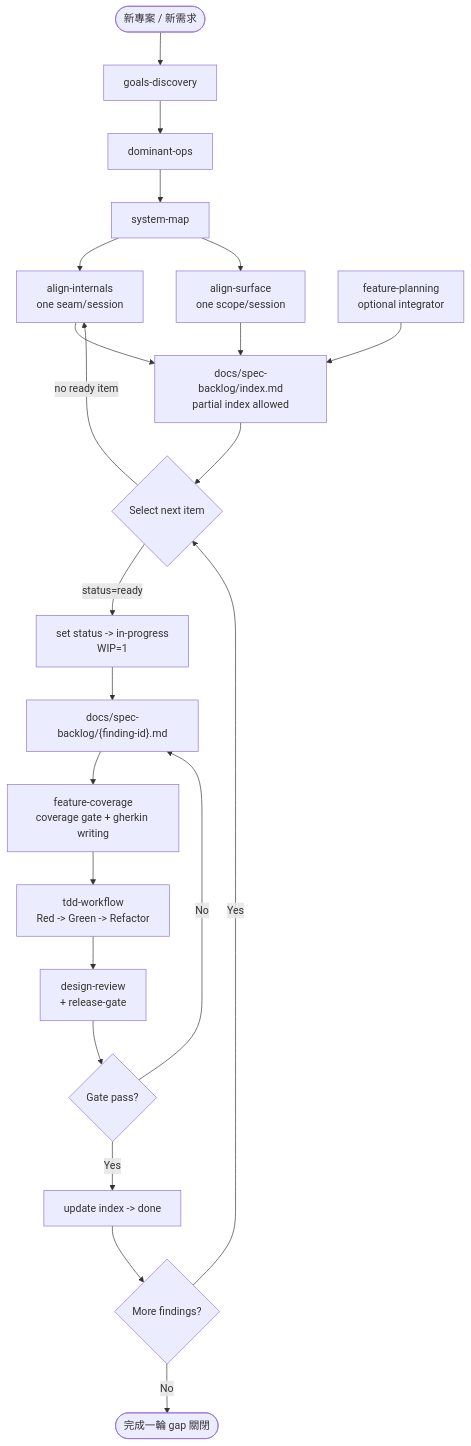
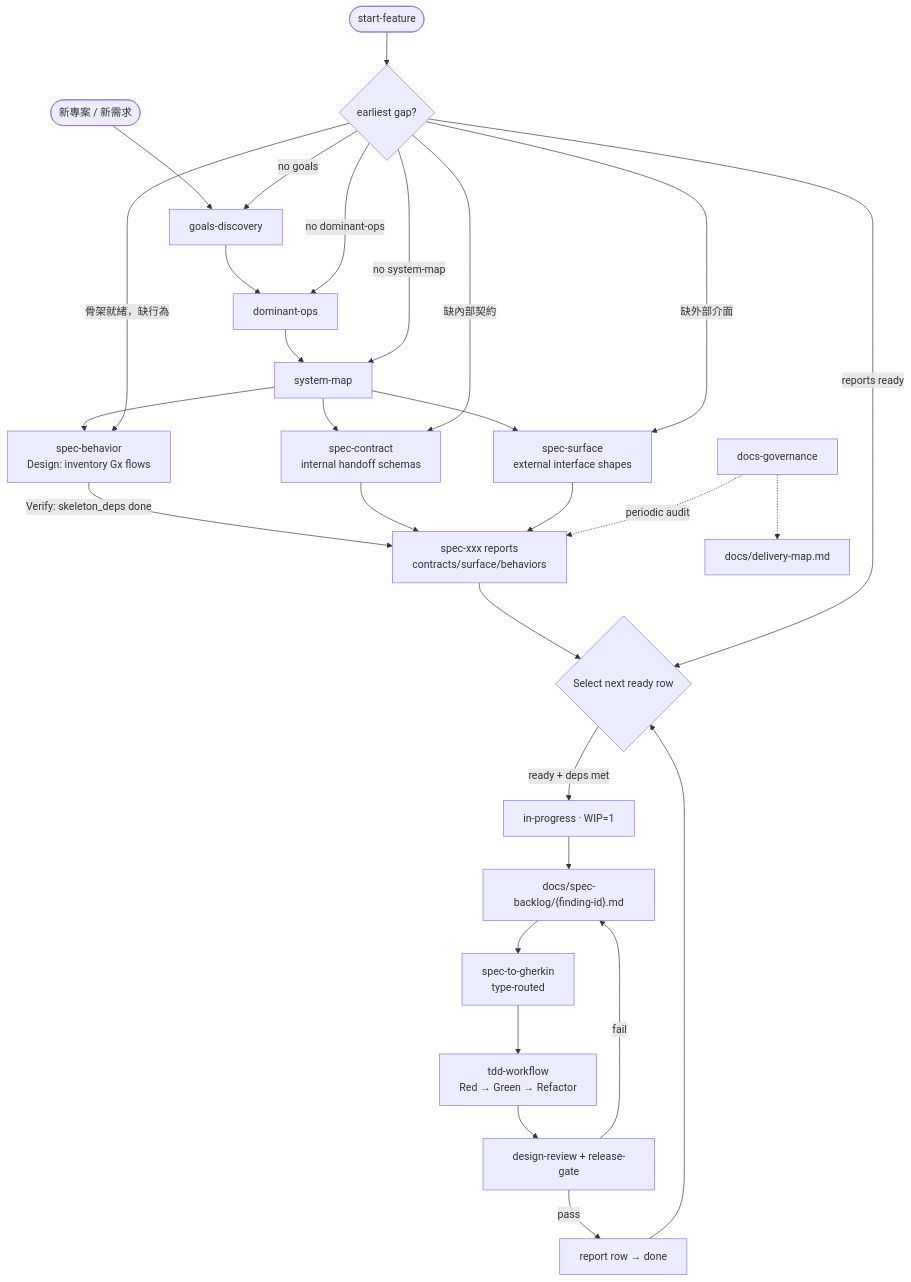
The diagram in plugins/insight-to-quality/CLAUDE.md (class83108/spec-to-quality), drawn with Mermaid before and after one commit. The commit also changed other lines of this file and 29 other files, not shown here.

First line of the commit message:
feat: 重新設計 spec-backlog workflow——拆分 align 為 spec-contract/spec-surface/spec-behavior 三層

````diff
--- a/plugins/insight-to-quality/CLAUDE.md
+++ b/plugins/insight-to-quality/CLAUDE.md
@@ -12,30 +20,39 @@
 ```mermaid
 flowchart TD
     NEW([新專案 / 新需求]) --> G[goals-discovery]
     G --> D[dominant-ops]
     D --> S[system-map]
 
-    S --> AI[align-internals<br/>one seam/session]
-    S --> AS[align-surface<br/>one scope/session]
+    S --> SC[spec-contract<br/>internal handoff schemas]
+    S --> SS[spec-surface<br/>external interface shapes]
 
-    AI --> IDX[docs/spec-backlog/index.md<br/>partial index allowed]
-    AS --> IDX
-    FP[feature-planning<br/>optional integrator] --> IDX
+    S --> SB[spec-behavior<br/>Design: inventory Gx flows]
+    SB -->|Verify: skeleton_deps done| RPT
 
-    IDX --> SEL{Select next item}
-    SEL -->|status=ready| IP[set status -> in-progress<br/>WIP=1]
-    SEL -->|no ready item| AI
+    SC --> RPT[spec-xxx reports<br/>contracts/surface/behaviors]
+    SS --> RPT
+
+    RPT --> SEL{Select next ready row}
+    SEL -->|ready + deps met| IP[in-progress · WIP=1]
 
     IP --> CARD["docs/spec-backlog/{finding-id}.md"]
-    CARD --> FC[feature-coverage<br/>coverage gate + gherkin writing]
-    FC --> TDD[tdd-workflow<br/>Red -> Green -> Refactor]
-    TDD --> DR[design-review<br/>+ release-gate]
+    CARD --> STG[spec-to-gherkin<br/>type-routed]
+    STG --> TDD[tdd-workflow<br/>Red → Green → Refactor]
+    TDD --> DR[design-review + release-gate]
 
-    DR --> DONE{Gate pass?}
-    DONE -->|Yes| IDXDONE[update index -> done]
-    DONE -->|No| CARD
+    DR -->|pass| DONE[report row → done]
+    DR -->|fail| CARD
+    DONE --> SEL
 
-    IDXDONE --> NEXT{More findings?}
-    NEXT -->|Yes| SEL
-    NEXT -->|No| END([完成一輪 gap 關閉])
+    SF([start-feature]) --> RT{earliest gap?}
+    RT -->|no goals| G
+    RT -->|no dominant-ops| D
+    RT -->|no system-map| S
+    RT -->|缺內部契約| SC
+    RT -->|缺外部介面| SS
+    RT -->|骨架就緒，缺行為| SB
+    RT -->|reports ready| SEL
+
+    DG[docs-governance] -.->|periodic audit| RPT
+    DG -.-> DM[docs/delivery-map.md]
 ```
````
